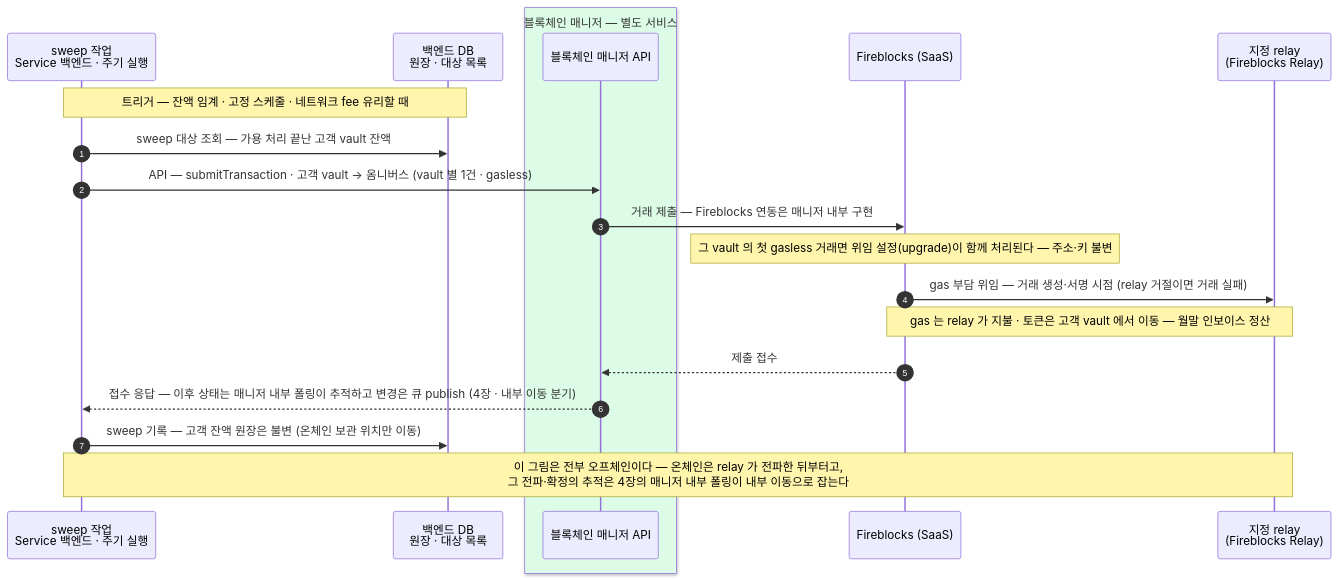
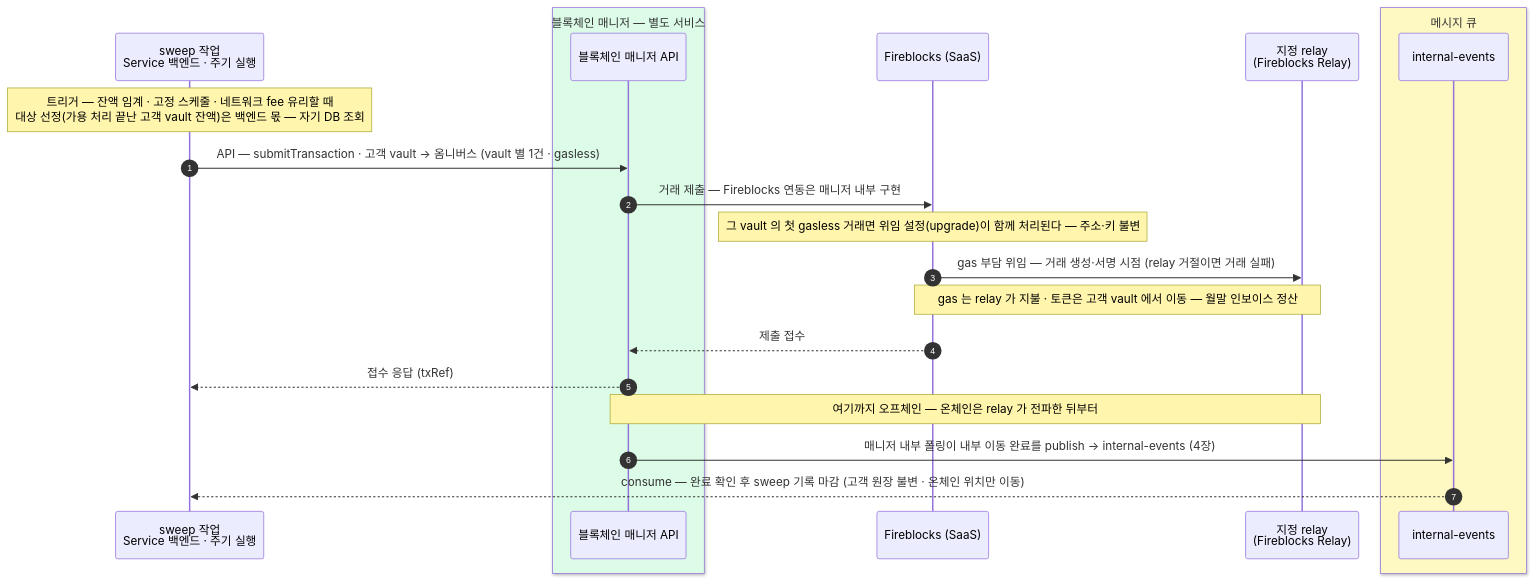
The second of 2 diagrams in blockchain-manager/docs/블록체인매니저/설계/05-deposit.md (eunsujeo/eunpus), drawn with Mermaid before and after one commit. The commit also changed other lines of this file, not shown here.

First line of the commit message:
5장 리뷰 반영 — 문장 평이화·상태표 열 정리·다이어그램 보강

````diff
--- a/blockchain-manager/docs/블록체인매니저/설계/05-deposit.md
+++ b/blockchain-manager/docs/블록체인매니저/설계/05-deposit.md
@@ -98,23 +102,25 @@
 ```mermaid
 sequenceDiagram
     autonumber
     participant SW as sweep 작업<br/>Service 백엔드 · 주기 실행
-    participant DB as 백엔드 DB<br/>원장 · 대상 목록
     box rgb(220,252,231) 블록체인 매니저 — 별도 서비스
     participant BM as 블록체인 매니저 API
     end
     participant FB as Fireblocks (SaaS)
     participant RL as 지정 relay<br/>(Fireblocks Relay)
+    box rgb(254,249,195) 메시지 큐
+    participant MQ as internal-events
+    end
 
-    Note over SW,DB: 트리거 — 잔액 임계 · 고정 스케줄 · 네트워크 fee 유리할 때
-    SW->>DB: sweep 대상 조회 — 가용 처리 끝난 고객 vault 잔액
+    Note over SW: 트리거 — 잔액 임계 · 고정 스케줄 · 네트워크 fee 유리할 때<br/>대상 선정(가용 처리 끝난 고객 vault 잔액)은 백엔드 몫 — 자기 DB 조회
     SW->>BM: API — submitTransaction · 고객 vault → 옴니버스 (vault 별 1건 · gasless)
     BM->>FB: 거래 제출 — Fireblocks 연동은 매니저 내부 구현
     Note over FB: 그 vault 의 첫 gasless 거래면 위임 설정(upgrade)이 함께 처리된다 — 주소·키 불변
     FB->>RL: gas 부담 위임 — 거래 생성·서명 시점 (relay 거절이면 거래 실패)
     Note over FB,RL: gas 는 relay 가 지불 · 토큰은 고객 vault 에서 이동 — 월말 인보이스 정산
     FB-->>BM: 제출 접수
-    BM-->>SW: 접수 응답 — 이후 상태는 매니저 내부 폴링이 추적하고 변경은 큐 publish (4장 · 내부 이동 분기)
-    SW->>DB: sweep 기록 — 고객 잔액 원장은 불변 (온체인 보관 위치만 이동)
-    Note over SW,RL: 이 그림은 전부 오프체인이다 — 온체인은 relay 가 전파한 뒤부터고,<br/>그 전파·확정의 추적은 4장의 매니저 내부 폴링이 내부 이동으로 잡는다
+    BM-->>SW: 접수 응답 (txRef)
+    Note over BM,RL: 여기까지 오프체인 — 온체인은 relay 가 전파한 뒤부터
+    BM->>MQ: 매니저 내부 폴링이 내부 이동 완료를 publish → internal-events (4장)
+    MQ-->>SW: consume — 완료 확인 후 sweep 기록 마감 (고객 원장 불변 · 온체인 위치만 이동)
 ```
````
